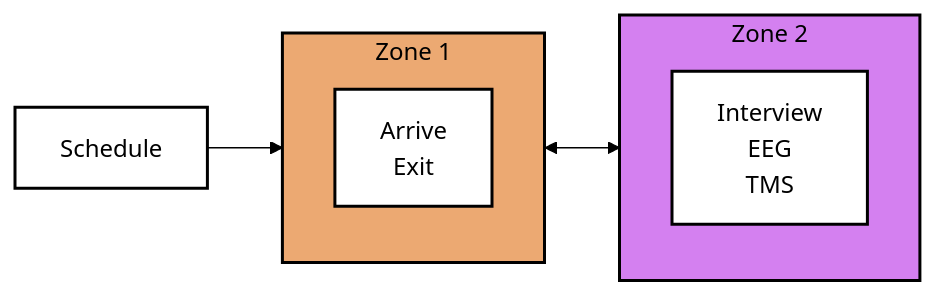
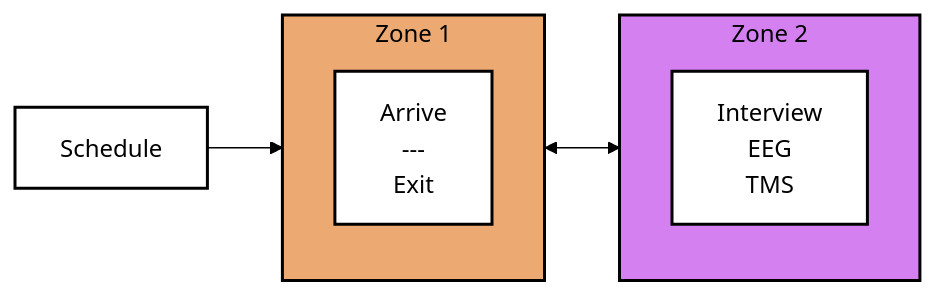
The diagram in resources/slides/mri_safety_1.qmd (ND-HNC/website), drawn with Mermaid (base theme) before and after one commit. The commit also changed other lines of this file and 49 other files, not shown here.

````diff
--- a/resources/slides/mri_safety_1.qmd
+++ b/resources/slides/mri_safety_1.qmd
@@ -231,27 +231,28 @@
 ```{mermaid}
 %% | label: ""
 %% | fig-align: center
 flowchart LR
     subgraph Zone_1 [Zone 1]
         B["`Arrive
+            ---
             Exit`"]
     end
     style Zone_1 fill:#eca972,stroke:#000000,color:#000000,stroke-width:2px
 
     subgraph Zone_2 [Zone 2]
         C["`Interview
            EEG
            TMS`"]
     end
     style Zone_2 fill:#d480f0,stroke:#000000,color:#000000,stroke-width:2px
 
     A[Schedule] --> Zone_1
     Zone_1 <--> Zone_2
 
     classDef allBlack color:#000000;
     class A,B,C allBlack;
     classDef whiteBoxes fill:#ffffff,stroke:#000000,stroke-width:2px;
     class A,B,C whiteBoxes;
     linkStyle default stroke:black,stroke-width:1px;
 
 ```
````
